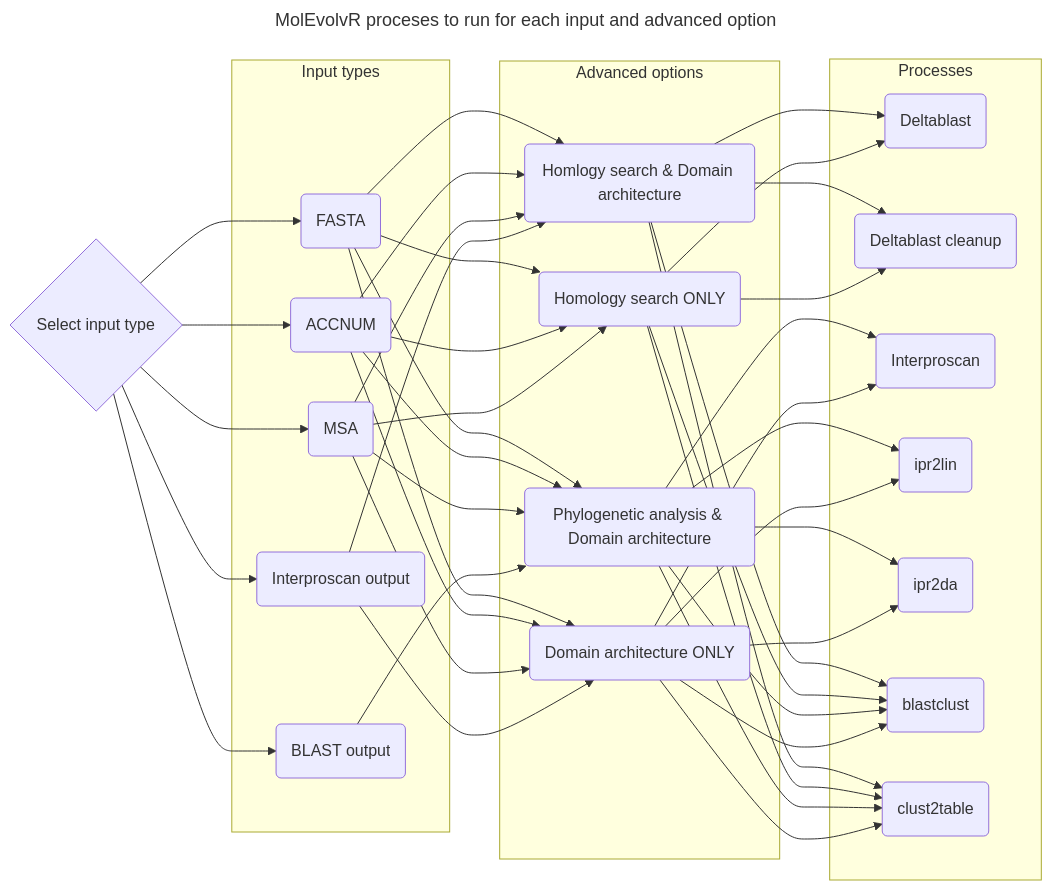
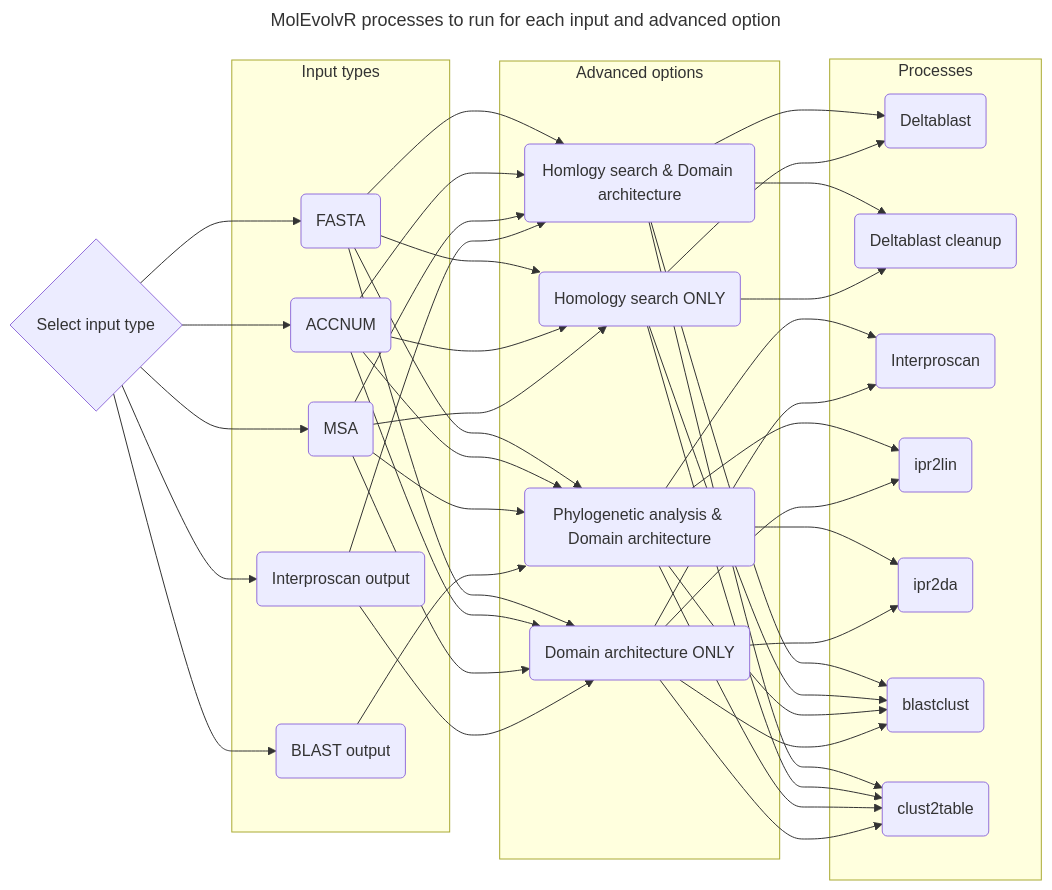
Before and after one commit to JRaviLab/MolEvolvR: the diagram in docs/mermaid-input_and_adv_opts_processes.md, drawn with Mermaid.

````diff
--- a/docs/mermaid-input_and_adv_opts_processes.md
+++ b/docs/mermaid-input_and_adv_opts_processes.md
@@ -10,83 +10,83 @@
 ```mermaid
 ---
-title: MolEvolvR proceses to run for each input and advanced option
+title: MolEvolvR processes to run for each input and advanced option
 ---
 flowchart LR
 
     SELECT_INPUT{Select input type}
     subgraph "Input types"
         FASTA(FASTA)
         ACCNUM(ACCNUM)
         MSA(MSA)
         BLAST_OUTPUT(BLAST output)
         INTERPROSCAN_OUTPUT(Interproscan output)
     end
 
         SELECT_INPUT --> FASTA
         SELECT_INPUT --> ACCNUM
         SELECT_INPUT --> MSA
         SELECT_INPUT --> BLAST_OUTPUT
         SELECT_INPUT --> INTERPROSCAN_OUTPUT
     
     subgraph "Advanced options"
         PHYLO_AND_DOMARCH(Phylogenetic analysis & Domain architecture)
         HOMOLOGY_AND_DOMARCH(Homlogy search & Domain architecture)
         DOMARCH(Domain architecture ONLY)
         HOMOLOGY(Homology search ONLY)
     end
 
         %% Input type to options
         FASTA --> PHYLO_AND_DOMARCH
         FASTA --> HOMOLOGY_AND_DOMARCH
         FASTA --> DOMARCH
         FASTA --> HOMOLOGY
 
         ACCNUM --> PHYLO_AND_DOMARCH
         ACCNUM --> HOMOLOGY_AND_DOMARCH
         ACCNUM --> DOMARCH
         ACCNUM --> HOMOLOGY
 
         MSA --> PHYLO_AND_DOMARCH
         MSA --> HOMOLOGY_AND_DOMARCH
         MSA --> DOMARCH
         MSA --> HOMOLOGY
         
         BLAST_OUTPUT --> PHYLO_AND_DOMARCH
         
         INTERPROSCAN_OUTPUT --> HOMOLOGY_AND_DOMARCH
         INTERPROSCAN_OUTPUT --> DOMARCH
         
     subgraph "Processes"
         DELTABLAST(Deltablast)
         DELTABLAST_CLEANUP(Deltablast cleanup)
         INTERPROSCAN(Interproscan)
         IPR2LIN(ipr2lin)
         IPR2DA(ipr2da)
         BLASTCLUST(blastclust)
         CLUST2TABLE(clust2table)
     end
 
         %% Options to processes
         HOMOLOGY_AND_DOMARCH --> DELTABLAST
         HOMOLOGY_AND_DOMARCH --> DELTABLAST_CLEANUP
         HOMOLOGY_AND_DOMARCH --> BLASTCLUST
         HOMOLOGY_AND_DOMARCH --> CLUST2TABLE
 
         HOMOLOGY --> DELTABLAST
         HOMOLOGY --> DELTABLAST_CLEANUP
         HOMOLOGY --> BLASTCLUST
         HOMOLOGY --> CLUST2TABLE
 
         PHYLO_AND_DOMARCH --> INTERPROSCAN
         PHYLO_AND_DOMARCH --> IPR2LIN
         PHYLO_AND_DOMARCH --> IPR2DA
         PHYLO_AND_DOMARCH --> BLASTCLUST
         PHYLO_AND_DOMARCH --> CLUST2TABLE
 
         DOMARCH --> INTERPROSCAN
         DOMARCH --> IPR2LIN
         DOMARCH --> IPR2DA
         DOMARCH --> BLASTCLUST
         DOMARCH --> CLUST2TABLE
 
 ```
````
